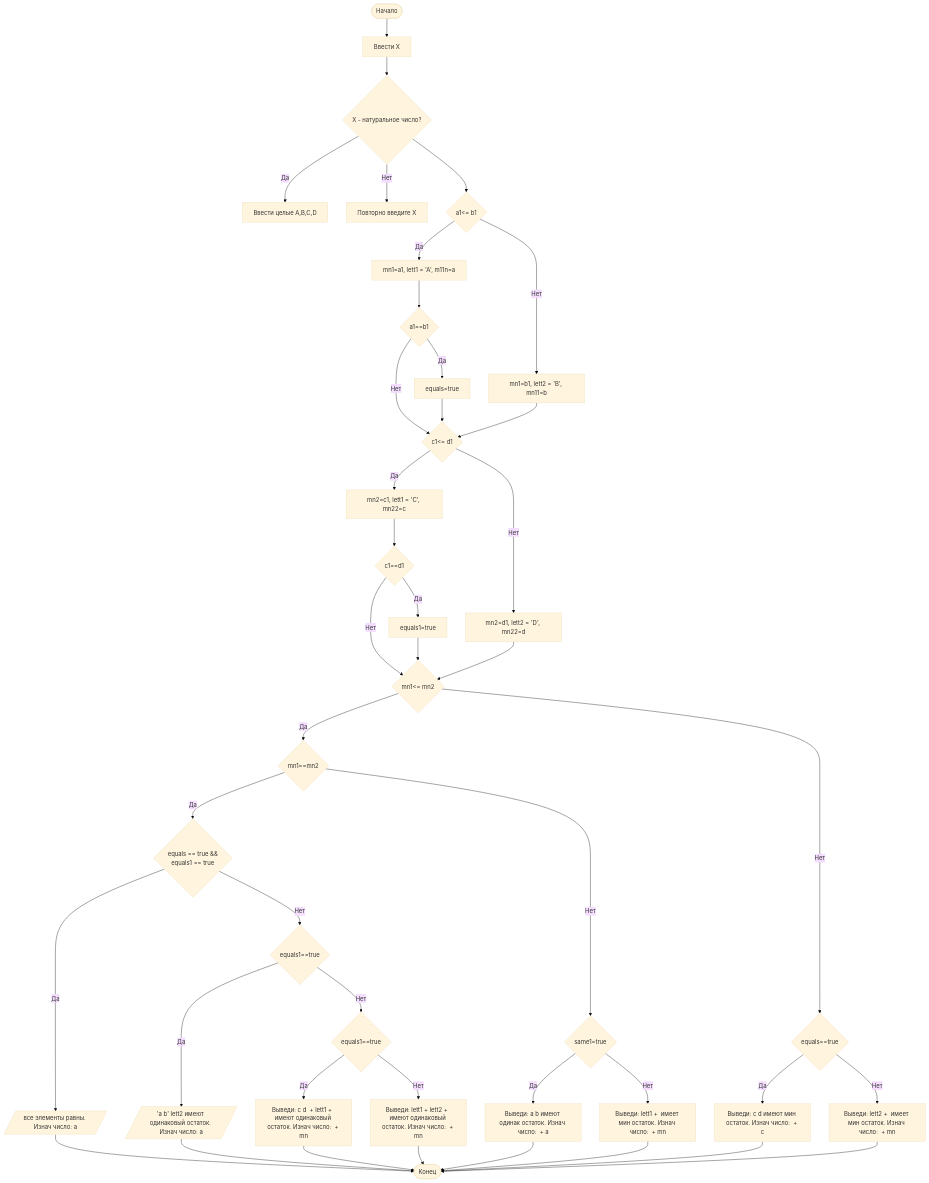
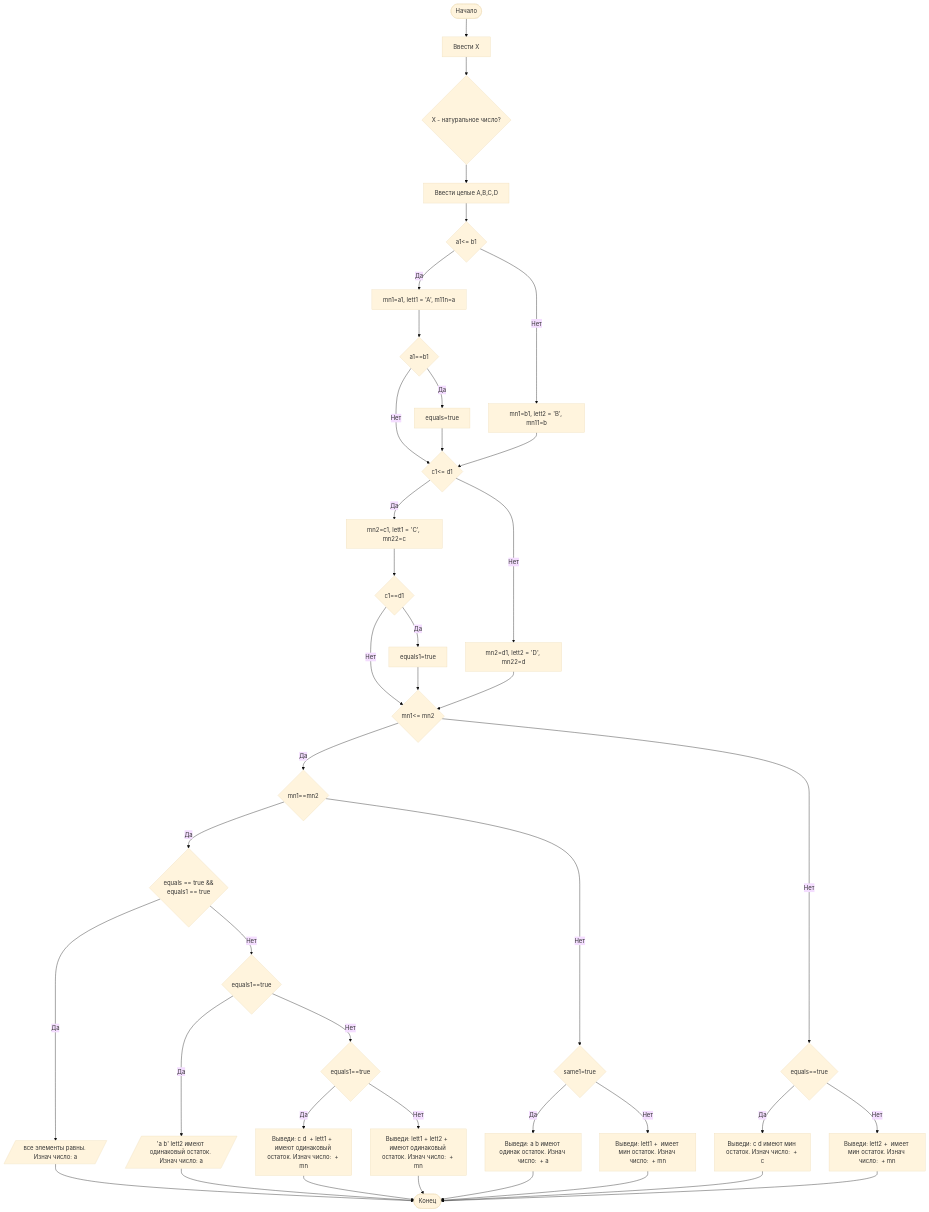
The diagram in README.md (vadimrahma123/Lab1), drawn with Mermaid (base theme) before and after one commit.

````diff
--- a/README.md
+++ b/README.md
@@ -96,44 +96,43 @@
 ```mermaid
 graph TD
  A([Начало]) --> B[Ввести X]
  B --> C{X - натуральное число?}
- C -- "Да" --> D[Ввести целые A,B,C,D]
- C -- "Нет" --> D1[Повторно введите X]
- C --> F{a1<= b1}
+ C --> D[Ввести целые A,B,C,D]
+ D --> F{a1<= b1}
  F -- "Да" --> F3[mn1=a1,  lett1 = 'A', m11n=a]
  F -- "Нет" --> F4[mn1=b1, lett2 = 'B', mn11=b]
  F3 --> F1{a1==b1}
  F1 -- "Да" --> F2[equals=true]
  F1 -- "Нет" --> G{с1<= d1}
  F2 --> G
  F4 --> G
  G -- "Да" --> G3[mn2=c1, lett1 = 'C', mn22=c]
  G -- "Нет" --> G4[mn2=d1, lett2 = 'D', mn22=d]
  G3 --> G1{c1==d1}
  G1 -- "Да" --> G2[equals1=true]
  G1 -- "Нет" --> K{mn1<= mn2}
  G2 --> K
  G4 --> K
  K -- "Да" --> K1{mn1==mn2}
  K1 -- "Да" --> K2{equals == true && </br> equals1 == true}
  K2 -- "Да" --> P1[/все элементы равны. Изнач число: a/]
  K2 -- "Нет" --> K4{equals1==true}
  K4 -- "Да" --> P2[/'a b' lett2 имеют одинаковый остаток. Изнач число: a/]
  K4 -- "Нет" --> K5{equals1==true}
  K5 -- "Да" --> P3[Выведи: c d  + lett1 +  имеют одинаковый остаток. Изнач число:  + mn]
  K5 -- "Нет" --> P4[Выведи: lett1 + lett2 +  имеют одинаковый остаток. Изнач число:  + mn]
  K1 -- "Нет" --> K7{same1=true}
  K7 -- "Да" --> P7[Выведи: a b имеют одинак остаток. Изнач число:  + a]
  K7 -- "Нет" --> P8[Выведи: lett1 +  имеет мин остаток. Изнач число:  + mn]
  K -- "Нет" --> K9{equals==true}
  K9 -- "Да" --> P9[Выведи: c d имеют мин остаток. Изнач число:  + c]
  K9 -- "Нет" --> P10[Выведи: lett2 +  имеет мин остаток. Изнач число:  + mn]
  P1 --> Z([Конец])
  P2 --> Z
  P3 --> Z
  P4 --> Z
  P7 --> Z
  P8 --> Z
  P9 --> Z
  P10 --> Z
 ```
````
